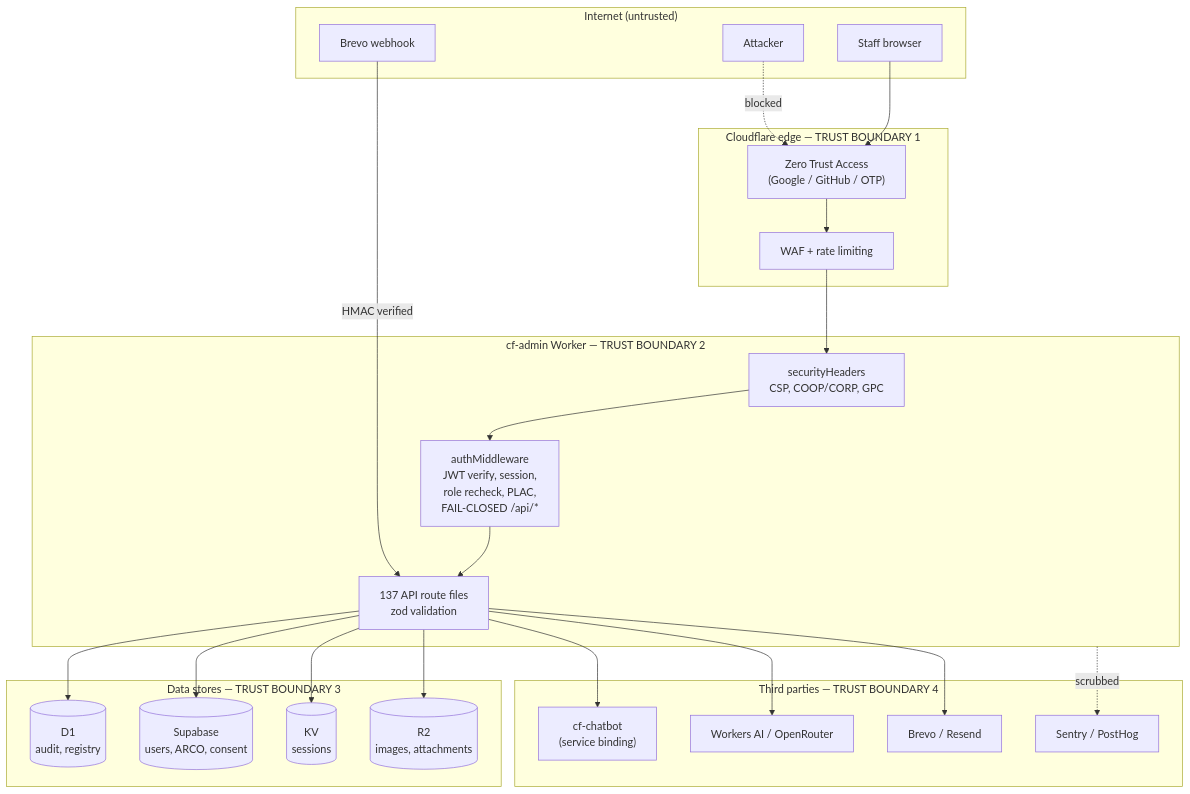
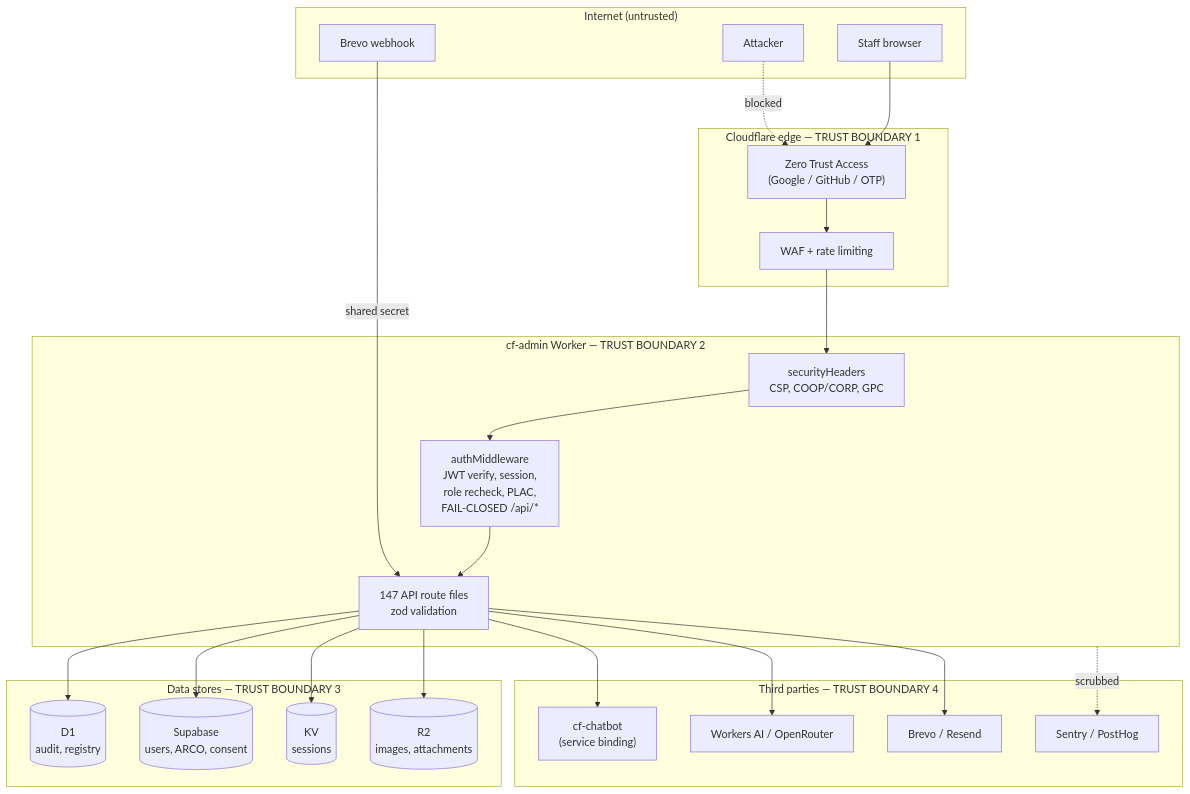
One commit to Harshil8136/chess-game1 changed the diagram in synced-docs/cf-admin/documentation/security/THREAT-MODEL.md. Above: the diagram before and after it, drawn with Mermaid. The commit also changed other lines of this file and 112 other files, not shown here.

````diff
--- a/synced-docs/cf-admin/documentation/security/THREAT-MODEL.md
+++ b/synced-docs/cf-admin/documentation/security/THREAT-MODEL.md
@@ -35,42 +36,42 @@
 ```mermaid
 flowchart TB
     subgraph internet["Internet (untrusted)"]
         staff["Staff browser"]
         attacker["Attacker"]
         brevo["Brevo webhook"]
     end
 
     subgraph cfedge["Cloudflare edge — TRUST BOUNDARY 1"]
         access["Zero Trust Access<br/>(Google / GitHub / OTP)"]
         waf["WAF + rate limiting"]
     end
 
     subgraph worker["cf-admin Worker — TRUST BOUNDARY 2"]
         csp["securityHeaders<br/>CSP, COOP/CORP, GPC"]
         pipeline["authMiddleware<br/>JWT verify, session,<br/>role recheck, PLAC,<br/>FAIL-CLOSED /api/*"]
-        routes["137 API route files<br/>zod validation"]
+        routes["147 API route files<br/>zod validation"]
     end
 
     subgraph data["Data stores — TRUST BOUNDARY 3"]
         d1[("D1<br/>audit, registry")]
         pg[("Supabase<br/>users, ARCO, consent")]
         kv[("KV<br/>sessions")]
         r2[("R2<br/>images, attachments")]
     end
 
     subgraph ext["Third parties — TRUST BOUNDARY 4"]
         chatbot["cf-chatbot<br/>(service binding)"]
         ai["Workers AI / OpenRouter"]
         mail["Brevo / Resend"]
         obs["Sentry / PostHog"]
     end
 
     staff --> access
     attacker -.->|blocked| access
     access --> waf --> csp --> pipeline --> routes
-    brevo -->|HMAC verified| routes
+    brevo -->|shared secret| routes
 
     routes --> d1 & pg & kv & r2
     routes --> chatbot & ai & mail
     worker -.->|scrubbed| obs
 ```
````
